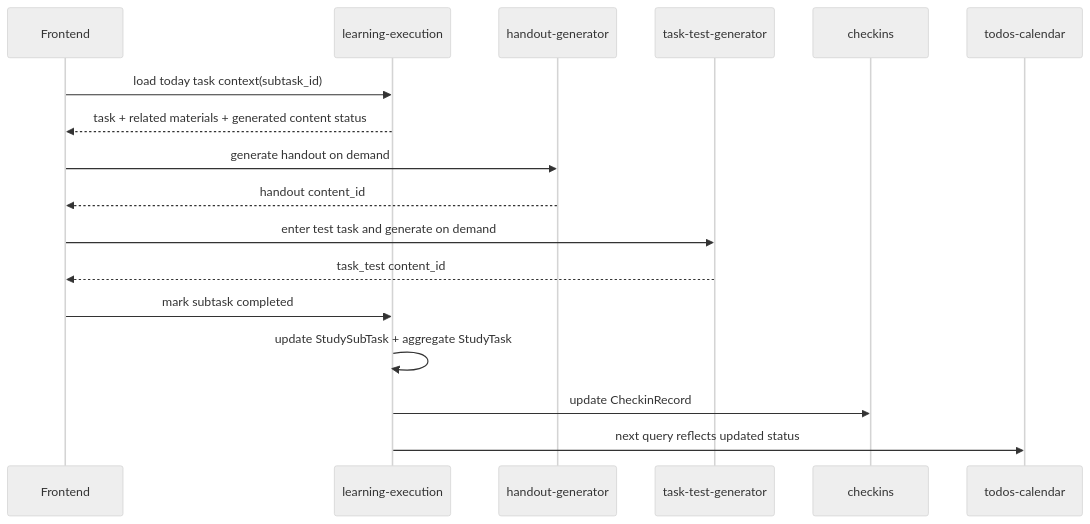
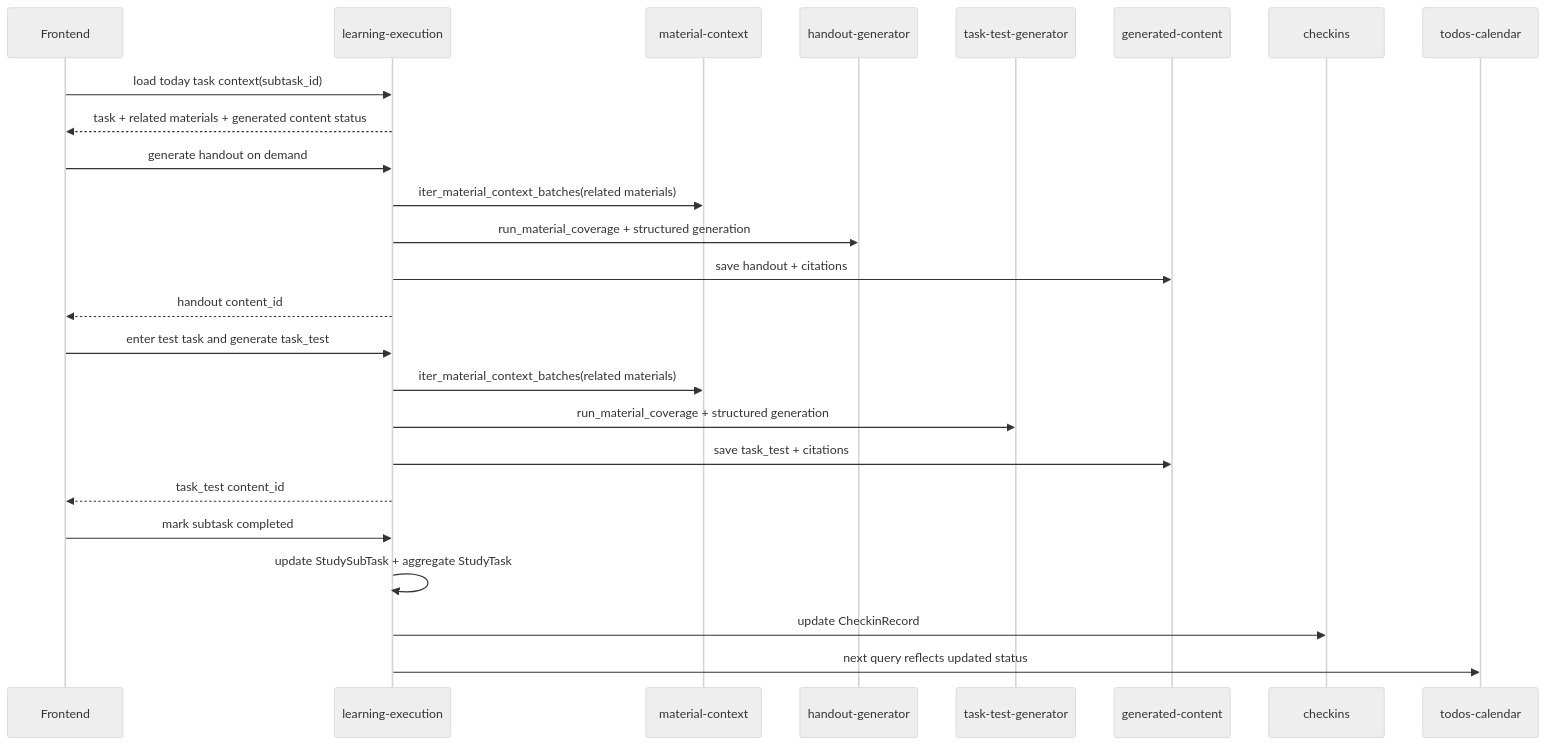
The seventh of 9 diagrams in docs/architecture/runtime-flows.md (cyruan815/CourseNexus), drawn with Mermaid (neutral theme) before and after one commit. The commit also changed other lines of this file and 6 other files, not shown here.

````diff
--- a/docs/architecture/runtime-flows.md
+++ b/docs/architecture/runtime-flows.md
@@ -218,20 +218,30 @@
 ```mermaid
 sequenceDiagram
     participant FE as Frontend
     participant LE as learning-execution
+    participant MC as material-context
     participant HO as handout-generator
     participant TT as task-test-generator
+    participant GC as generated-content
     participant CK as checkins
     participant TC as todos-calendar
 
     FE->>LE: load today task context(subtask_id)
     LE-->>FE: task + related materials + generated content status
-    FE->>HO: generate handout on demand
-    HO-->>FE: handout content_id
-    FE->>TT: enter test task and generate on demand
-    TT-->>FE: task_test content_id
+    FE->>LE: generate handout on demand
+    LE->>MC: iter_material_context_batches(related materials)
+    LE->>HO: run_material_coverage + structured generation
+    LE->>GC: save handout + citations
+    LE-->>FE: handout content_id
+
+    FE->>LE: enter test task and generate task_test
+    LE->>MC: iter_material_context_batches(related materials)
+    LE->>TT: run_material_coverage + structured generation
+    LE->>GC: save task_test + citations
+    LE-->>FE: task_test content_id
+
     FE->>LE: mark subtask completed
     LE->>LE: update StudySubTask + aggregate StudyTask
     LE->>CK: update CheckinRecord
     LE->>TC: next query reflects updated status
 ```
````
